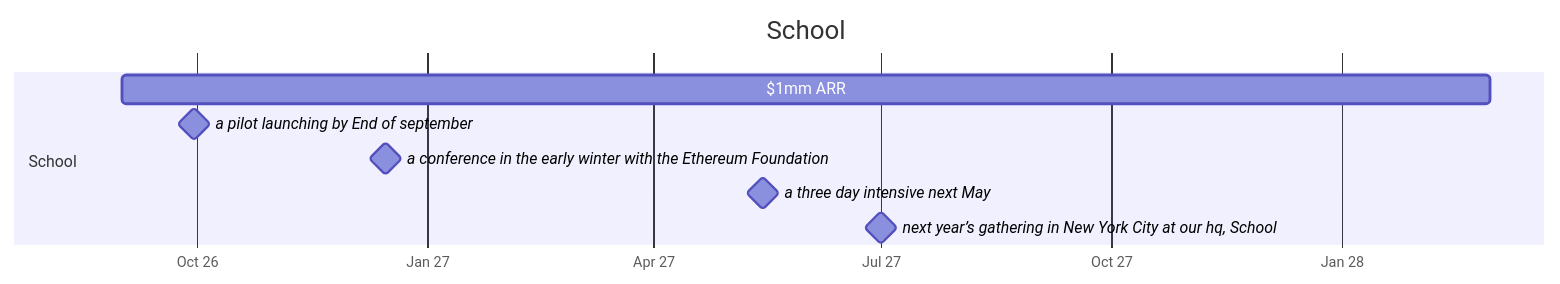
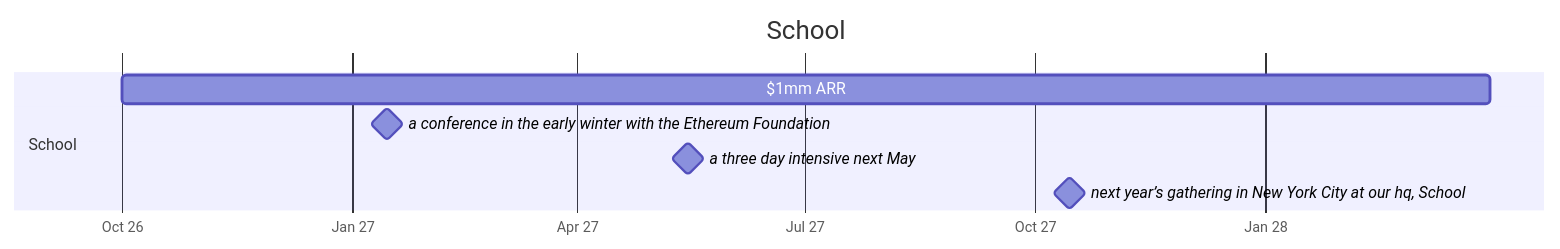
The second of 9 diagrams in guild/ONE-GUILD.md (jameslbarnes/oneguild), drawn with Mermaid before and after one commit. The commit also changed other lines of this file and 28 other files, not shown here.

Commit message:
Guild: dates & numbers interview pass 1, UnLimited Partners rename, raise on timeline

````diff
--- a/guild/ONE-GUILD.md
+++ b/guild/ONE-GUILD.md
@@ -223,13 +228,12 @@
 ```mermaid
 gantt
   title School
   dateFormat YYYY-MM-DD
   axisFormat %b %y
   todayMarker stroke-width:2px,stroke:#d33
   section School
-    $1mm ARR :2026-09-01, 2028-02-29
-    a pilot launching by End of september :milestone, 2026-09-30, 0d
-    a conference in the early winter with the Ethereum Foundation :milestone, 2026-12-15, 0d
+    $1mm ARR :2026-10-01, 2028-03-31
+    a conference in the early winter with the Ethereum Foundation :milestone, 2027-01-15, 0d
     a three day intensive next May :milestone, 2027-05-15, 0d
-    next year’s gathering in New York City at our hq, School :milestone, 2027-07-01, 0d
+    next year’s gathering in New York City at our hq, School :milestone, 2027-10-15, 0d
 ```
````
